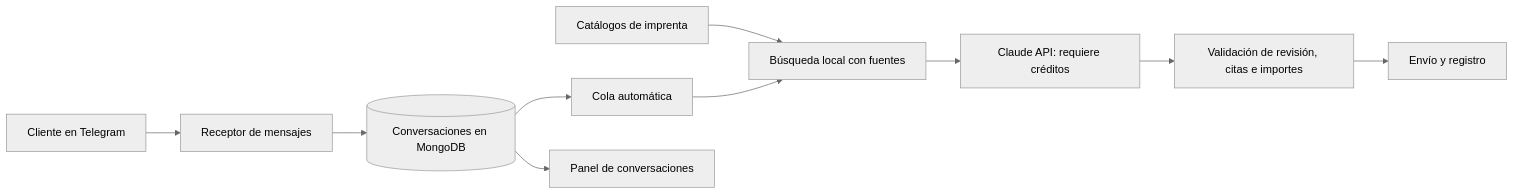
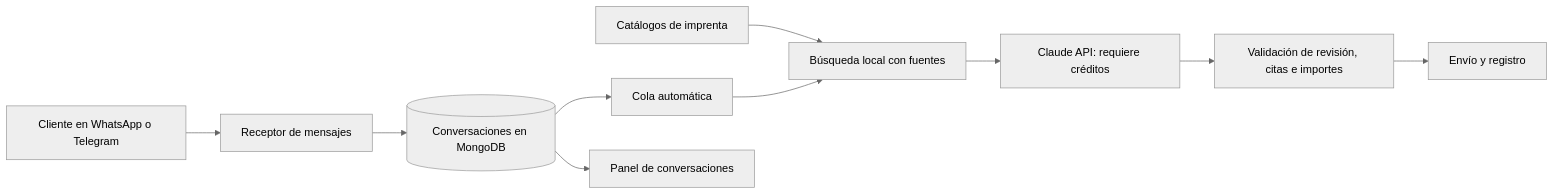
Before and after one commit to Israeljuarezjimenez/zentra-aiec: the diagram in README.md, drawn with Mermaid (neutral theme). The commit also changed other lines of this file and 34 other files, not shown here.

Commit message:
feat: integrate WhatsApp Cloud API and direct channel delivery

````diff
--- a/README.md
+++ b/README.md
@@ -128,12 +134,12 @@
 ```mermaid
 flowchart LR
-    Cliente[Cliente en Telegram] --> Receptor[Receptor de mensajes]
+    Cliente[Cliente en WhatsApp o Telegram] --> Receptor[Receptor de mensajes]
     Receptor --> Mongo[(Conversaciones en MongoDB)]
     Mongo --> Cola[Cola automática]
     Documentos[Catálogos de imprenta] --> RAG[Búsqueda local con fuentes]
     Cola --> RAG
     RAG --> Claude[Claude API: requiere créditos]
     Claude --> Validacion[Validación de revisión, citas e importes]
     Validacion --> Telegram[Envío y registro]
     Mongo --> Panel[Panel de conversaciones]
 ```
````
